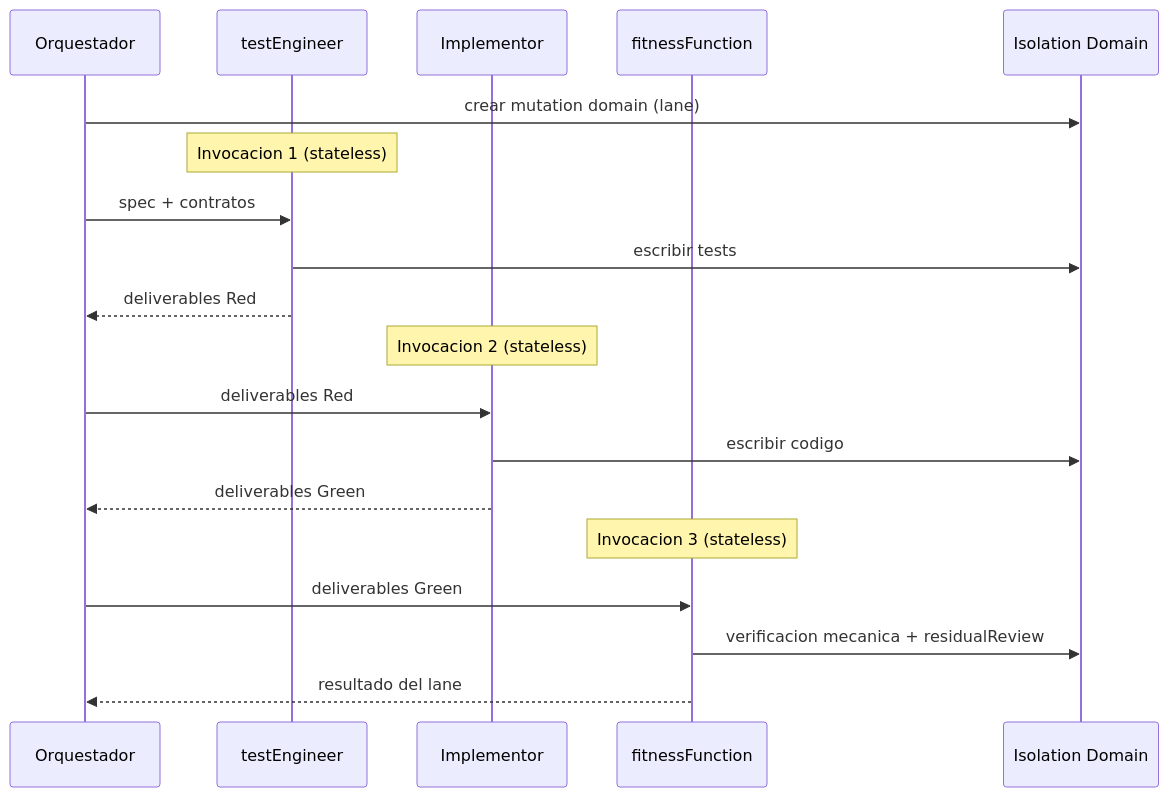
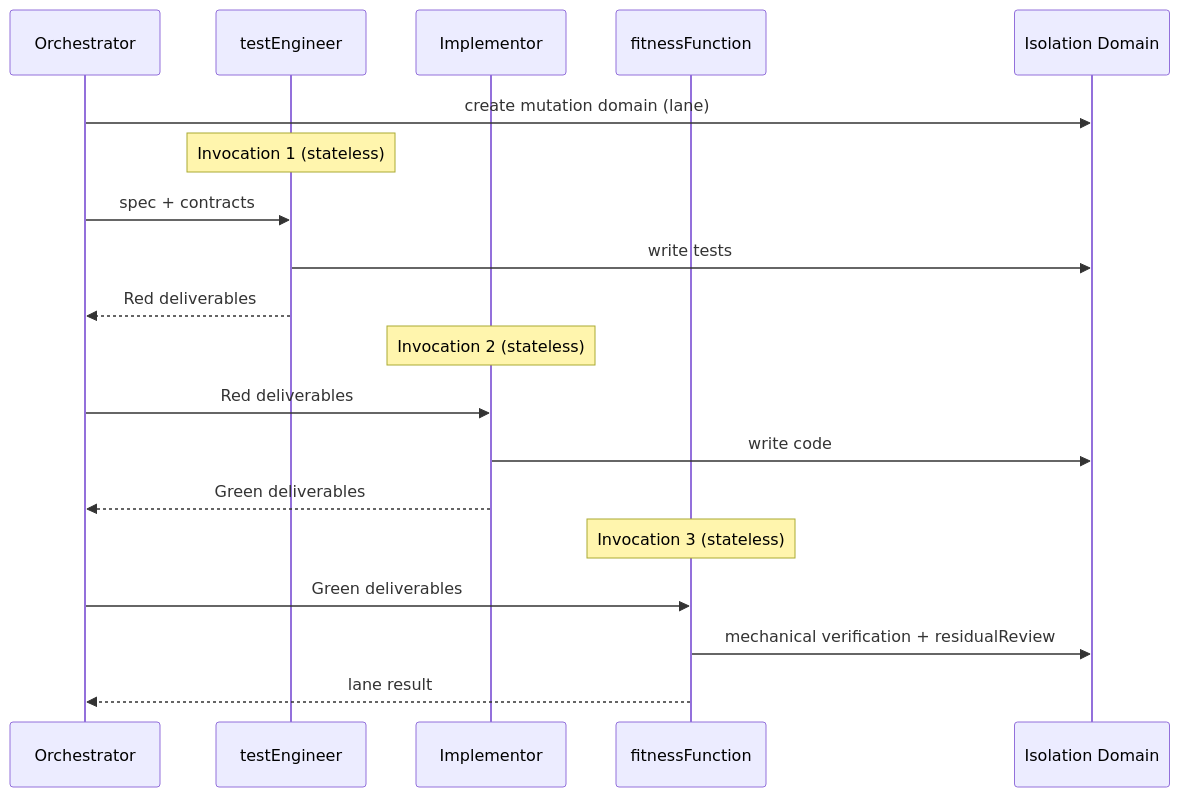
One commit to virgenherrera/virgil changed the diagram in principia/sections/13-composite-agent.md. Above: the diagram before and after it, drawn with Mermaid. The commit also changed other lines of this file and 42 other files, not shown here.

````diff
--- a/principia/sections/13-composite-agent.md
+++ b/principia/sections/13-composite-agent.md
@@ -38,25 +38,25 @@
 ```mermaid
 sequenceDiagram
-    participant ORCH as Orquestador
+    participant ORCH as Orchestrator
     participant TE as testEngineer
     participant IMPL as Implementor
     participant FF as fitnessFunction
     participant WT as Isolation Domain
 
-    ORCH->>WT: crear mutation domain (lane)
+    ORCH->>WT: create mutation domain (lane)
 
-    Note over TE: Invocacion 1 (stateless)
-    ORCH->>TE: spec + contratos
-    TE->>WT: escribir tests
-    TE-->>ORCH: deliverables Red
+    Note over TE: Invocation 1 (stateless)
+    ORCH->>TE: spec + contracts
+    TE->>WT: write tests
+    TE-->>ORCH: Red deliverables
 
-    Note over IMPL: Invocacion 2 (stateless)
-    ORCH->>IMPL: deliverables Red
-    IMPL->>WT: escribir codigo
-    IMPL-->>ORCH: deliverables Green
+    Note over IMPL: Invocation 2 (stateless)
+    ORCH->>IMPL: Red deliverables
+    IMPL->>WT: write code
+    IMPL-->>ORCH: Green deliverables
 
-    Note over FF: Invocacion 3 (stateless)
-    ORCH->>FF: deliverables Green
-    FF->>WT: verificacion mecanica + residualReview
-    FF-->>ORCH: resultado del lane
+    Note over FF: Invocation 3 (stateless)
+    ORCH->>FF: Green deliverables
+    FF->>WT: mechanical verification + residualReview
+    FF-->>ORCH: lane result
 ```
````
